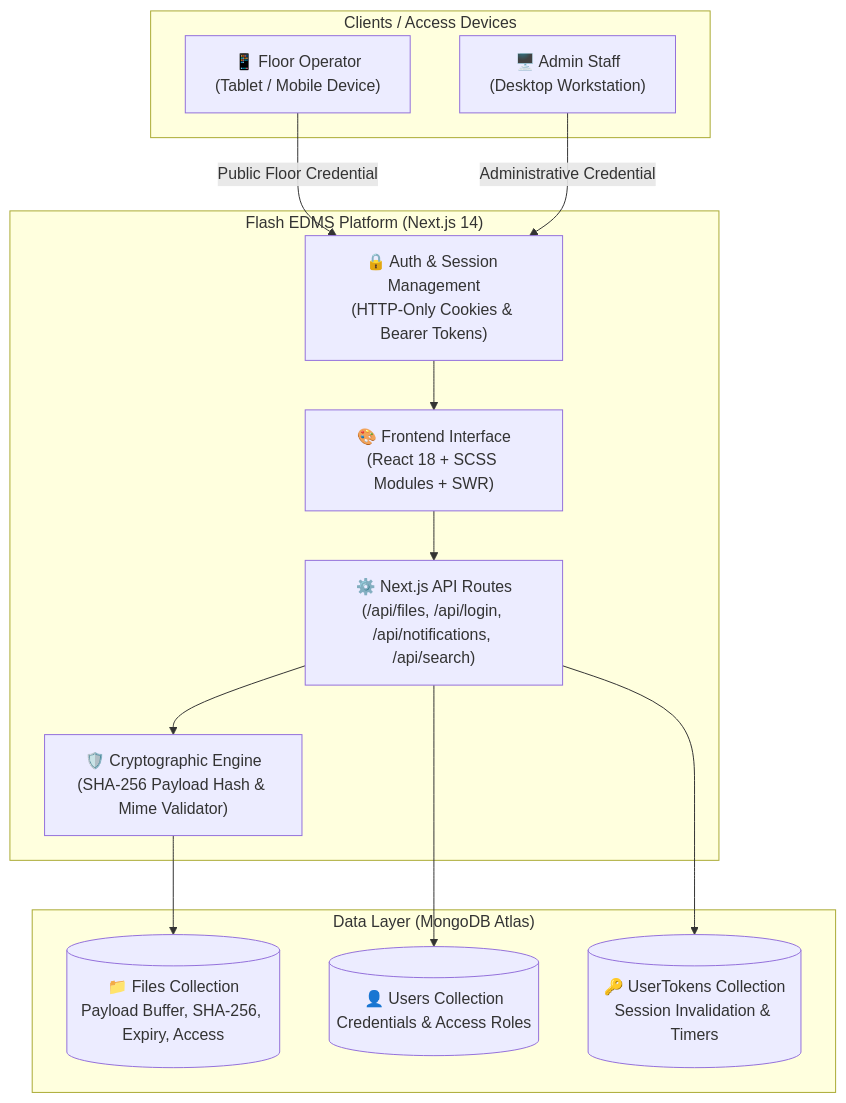
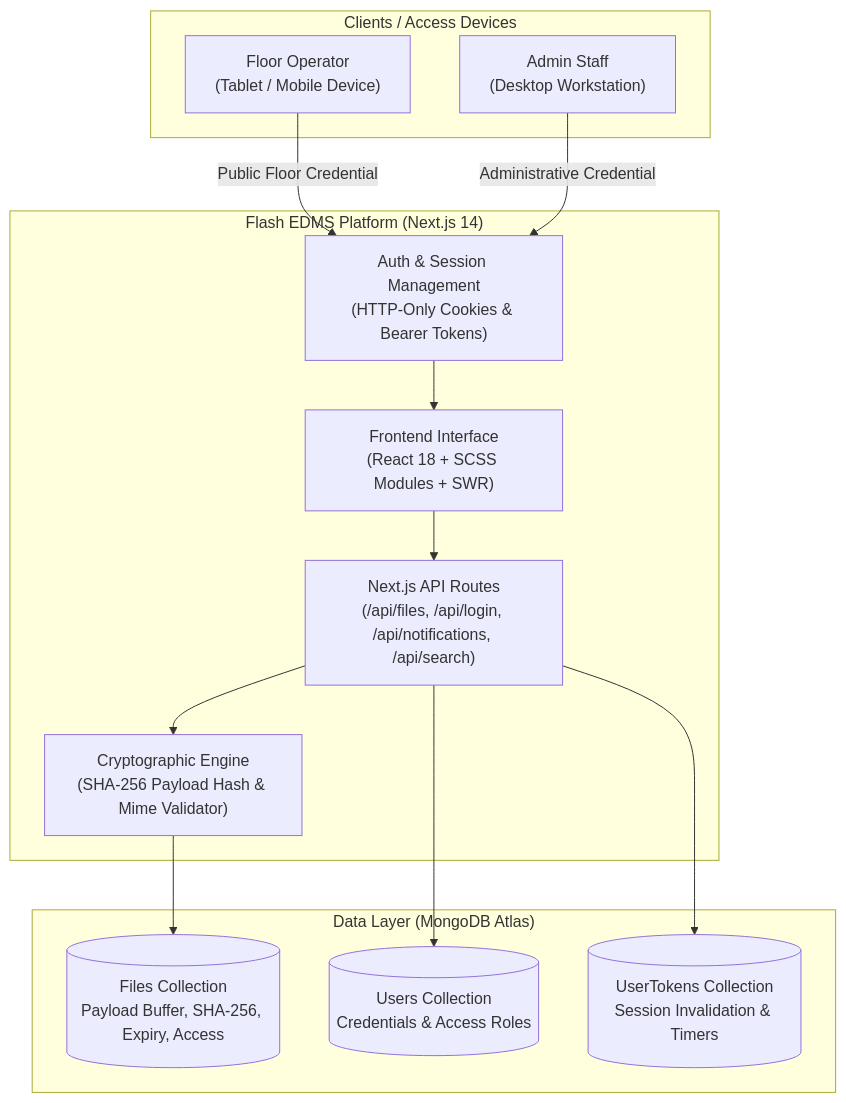
The diagram in README.md (Alphka/Flash-Upload-Server), drawn with Mermaid before and after one commit. The commit also changed other lines of this file and 2 other files, not shown here.

Commit message:
Add public credentials for preview environment

````diff
--- a/README.md
+++ b/README.md
@@ -90,29 +112,29 @@
 ```mermaid
 flowchart TD
     subgraph Clients["Clients / Access Devices"]
-        Op["📱 Floor Operator<br/>(Tablet / Mobile Device)"]
-        Adm["🖥️ Admin Staff<br/>(Desktop Workstation)"]
+        Op["Floor Operator<br/>(Tablet / Mobile Device)"]
+        Adm["Admin Staff<br/>(Desktop Workstation)"]
     end
 
     subgraph Platform["Flash EDMS Platform (Next.js 14)"]
-        Auth["🔒 Auth & Session Management<br/>(HTTP-Only Cookies & Bearer Tokens)"]
-        UI["🎨 Frontend Interface<br/>(React 18 + SCSS Modules + SWR)"]
-        API["⚙️ Next.js API Routes<br/>(/api/files, /api/login, /api/notifications, /api/search)"]
-        Crypto["🛡️ Cryptographic Engine<br/>(SHA-256 Payload Hash & Mime Validator)"]
+        Auth["Auth & Session Management<br/>(HTTP-Only Cookies & Bearer Tokens)"]
+        UI["Frontend Interface<br/>(React 18 + SCSS Modules + SWR)"]
+        API["Next.js API Routes<br/>(/api/files, /api/login, /api/notifications, /api/search)"]
+        Crypto["Cryptographic Engine<br/>(SHA-256 Payload Hash & Mime Validator)"]
     end
 
     subgraph Database["Data Layer (MongoDB Atlas)"]
-        ColFiles[("📁 Files Collection<br/>Payload Buffer, SHA-256, Expiry, Access")]
-        ColUsers[("👤 Users Collection<br/>Credentials & Access Roles")]
-        ColTokens[("🔑 UserTokens Collection<br/>Session Invalidation & Timers")]
+        ColFiles[("Files Collection<br/>Payload Buffer, SHA-256, Expiry, Access")]
+        ColUsers[("Users Collection<br/>Credentials & Access Roles")]
+        ColTokens[("UserTokens Collection<br/>Session Invalidation & Timers")]
     end
 
     Op -->|Public Floor Credential| Auth
     Adm -->|Administrative Credential| Auth
     Auth --> UI
     UI --> API
     API --> Crypto
     Crypto --> ColFiles
     API --> ColUsers
     API --> ColTokens
 ```
````
